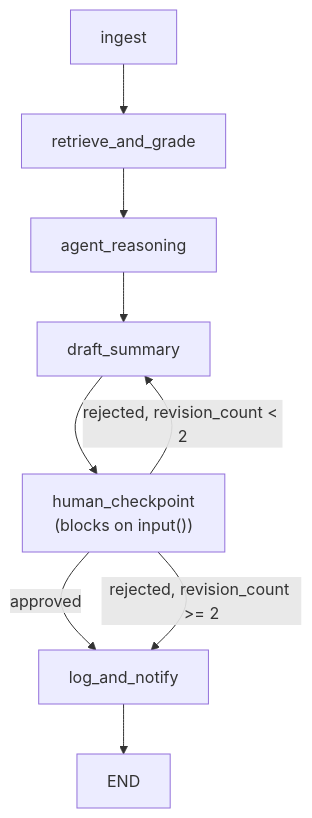
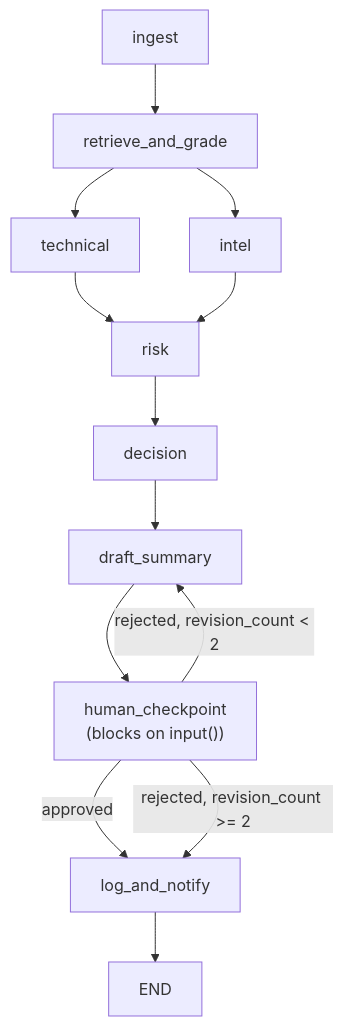
One commit to Rae-ymr/daily_stock_agent changed the first of 2 diagrams in docs/human_checkpoint_flow.md. Above: the diagram before and after it, drawn with Mermaid. The commit also changed other lines of this file and 6 other files, not shown here.

````diff
--- a/docs/human_checkpoint_flow.md
+++ b/docs/human_checkpoint_flow.md
@@ -11,11 +11,15 @@
 ```mermaid
 flowchart TD
     A[ingest] --> B[retrieve_and_grade]
-    B --> C[agent_reasoning]
-    C --> D[draft_summary]
+    B --> T[technical]
+    B --> I[intel]
+    T --> R[risk]
+    I --> R
+    R --> DEC[decision]
+    DEC --> D[draft_summary]
     D --> E["human_checkpoint\n(blocks on input())"]
     E -->|approved| F[log_and_notify]
     E -->|rejected, revision_count < 2| D
     E -->|rejected, revision_count >= 2| F
     F --> G[END]
 ```
````
